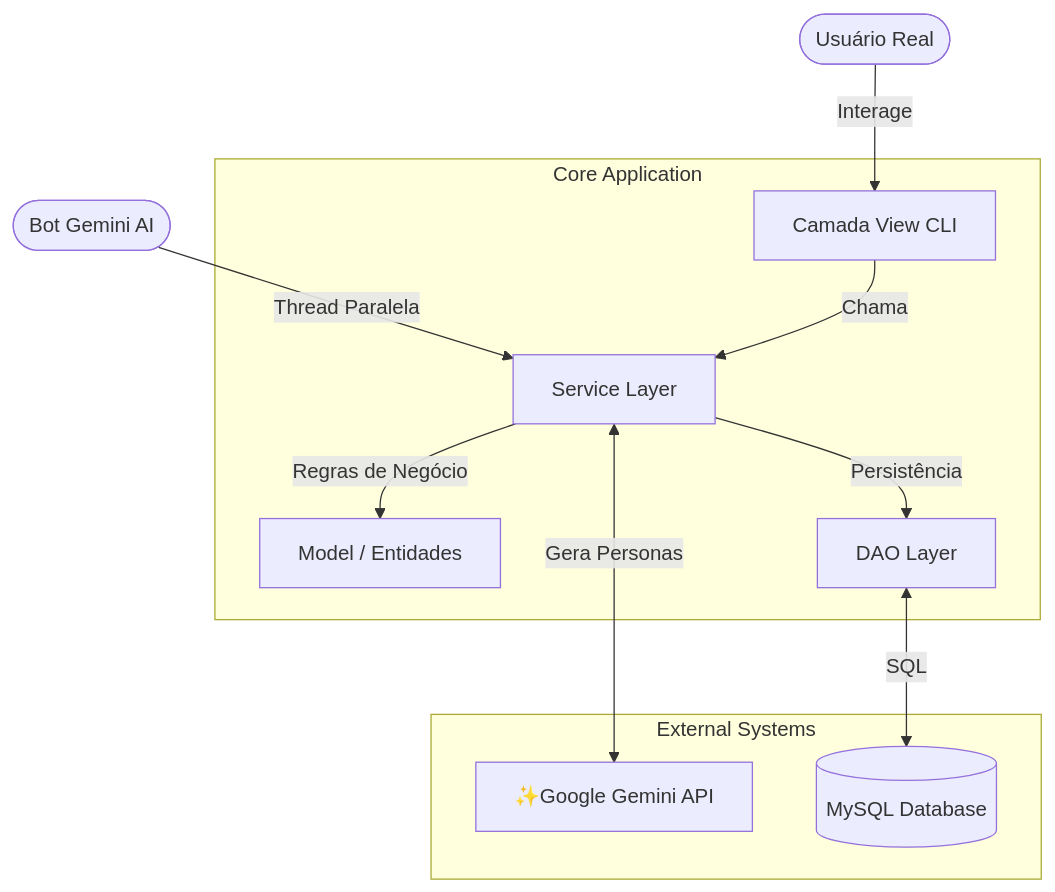
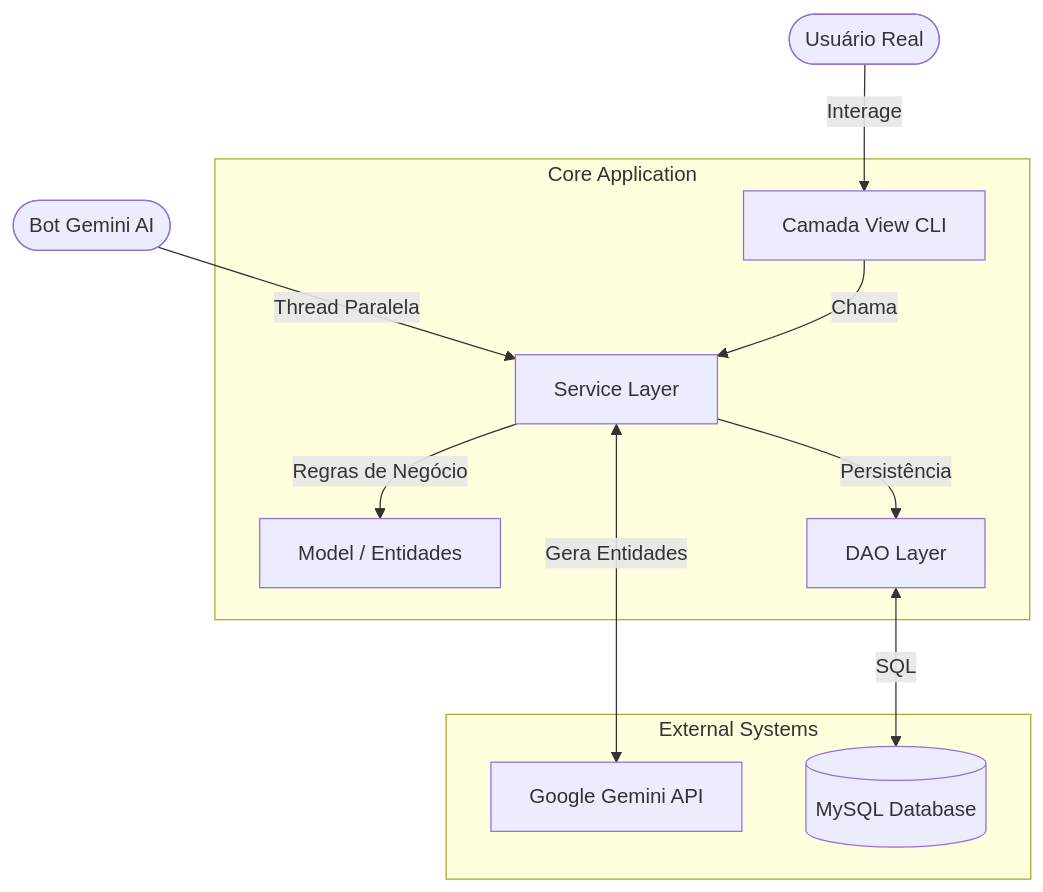
Before and after one commit to prometheu-z/java-marketplace: the diagram in README.md, drawn with Mermaid.

Commit message:
Update README to reflect changes in Gemini API usage

````diff
--- a/README.md
+++ b/README.md
@@ -36,16 +36,16 @@
 ```mermaid
 graph TD
     User([ Usuário Real]) -->|Interage| View[ Camada View CLI]
     Bot([ Bot Gemini AI]) -->|Thread Paralela| Service
     
     subgraph Core Application
         View -->|Chama| Service[ Service Layer]
         Service -->|Regras de Negócio| Model[ Model / Entidades]
         Service -->|Persistência| DAO[ DAO Layer]
     end
     
     subgraph External Systems
-        Service <-->|Gera Personas| Gemini[✨Google Gemini API]
+        Service <-->|Gera Entidades| Gemini[Google Gemini API]
         DAO <-->|SQL| MySQL[( MySQL Database)]
     end
 ```
````
